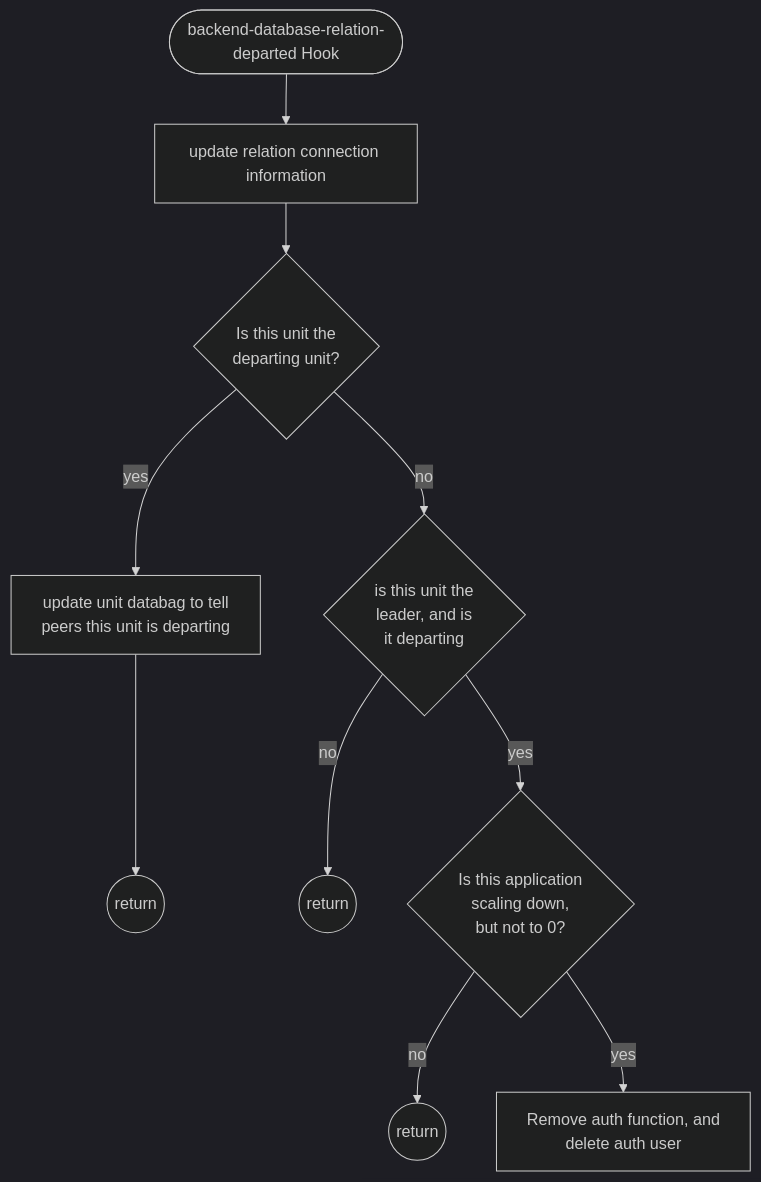
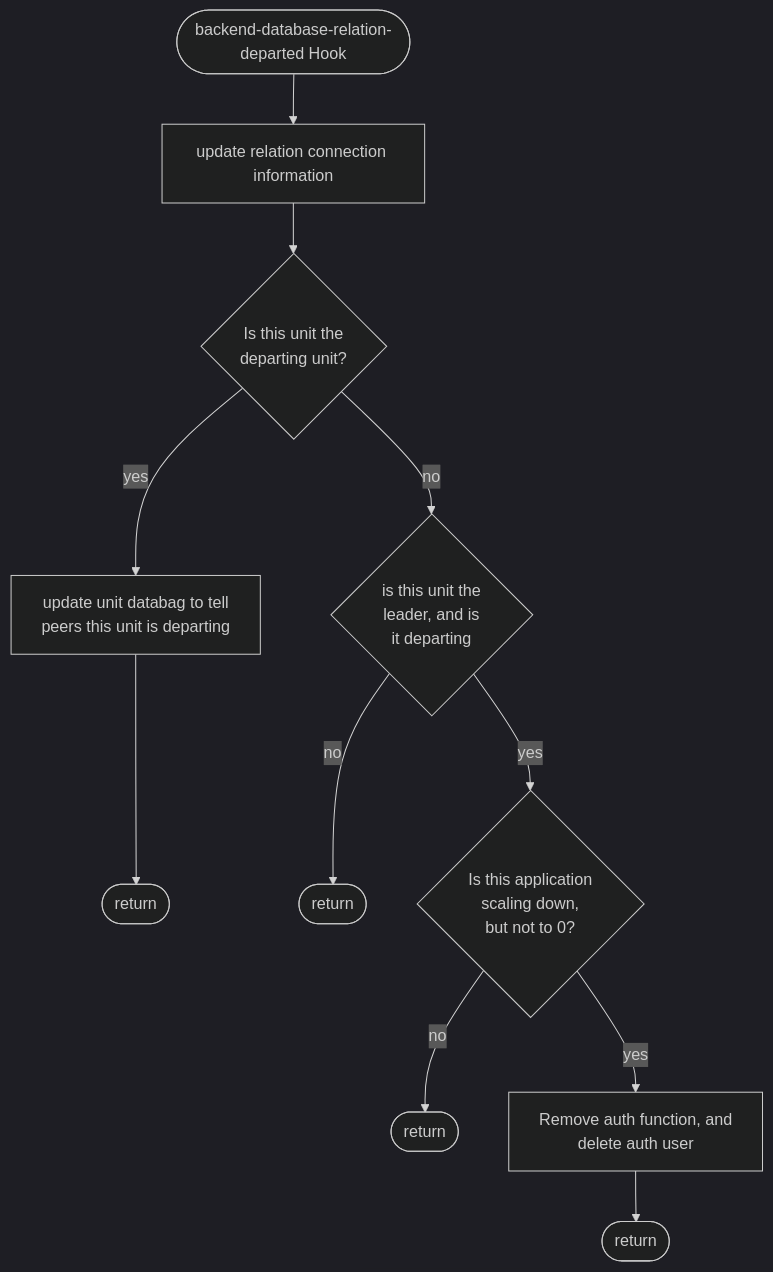
One commit to canonical/pgbouncer-k8s-operator changed the seventh of 15 diagrams in CONTRIBUTING.md. Above: the diagram before and after it, drawn with Mermaid (dark theme). The commit also changed other lines of this file, not shown here.

````diff
--- a/CONTRIBUTING.md
+++ b/CONTRIBUTING.md
@@ -156,12 +173,13 @@
 ```mermaid
 flowchart TD
   hook_fired([backend-database-relation-departed Hook]) --> update_info[update relation connection information]
   update_info --> is_this_unit_departing{Is this unit the\ndeparting unit?}
   is_this_unit_departing -- yes --> tell_peers[update unit databag to tell\npeers this unit is departing]
-  tell_peers --> rtn((return))
+  tell_peers --> rtn([return])
   is_this_unit_departing -- no --> is_leader{is this unit the\nleader, and is\nit departing}
-  is_leader -- no --> rtn2((return))
+  is_leader -- no --> rtn2([return])
   is_leader -- yes --> scale_down{Is this application\nscaling down,\nbut not to 0?}
-  scale_down -- no --> rtn3((return))
+  scale_down -- no --> rtn3([return])
   scale_down -- yes --> remove_auth[Remove auth function, and \n delete auth user]
+  remove_auth --> rtn4([return])
 ```
````
